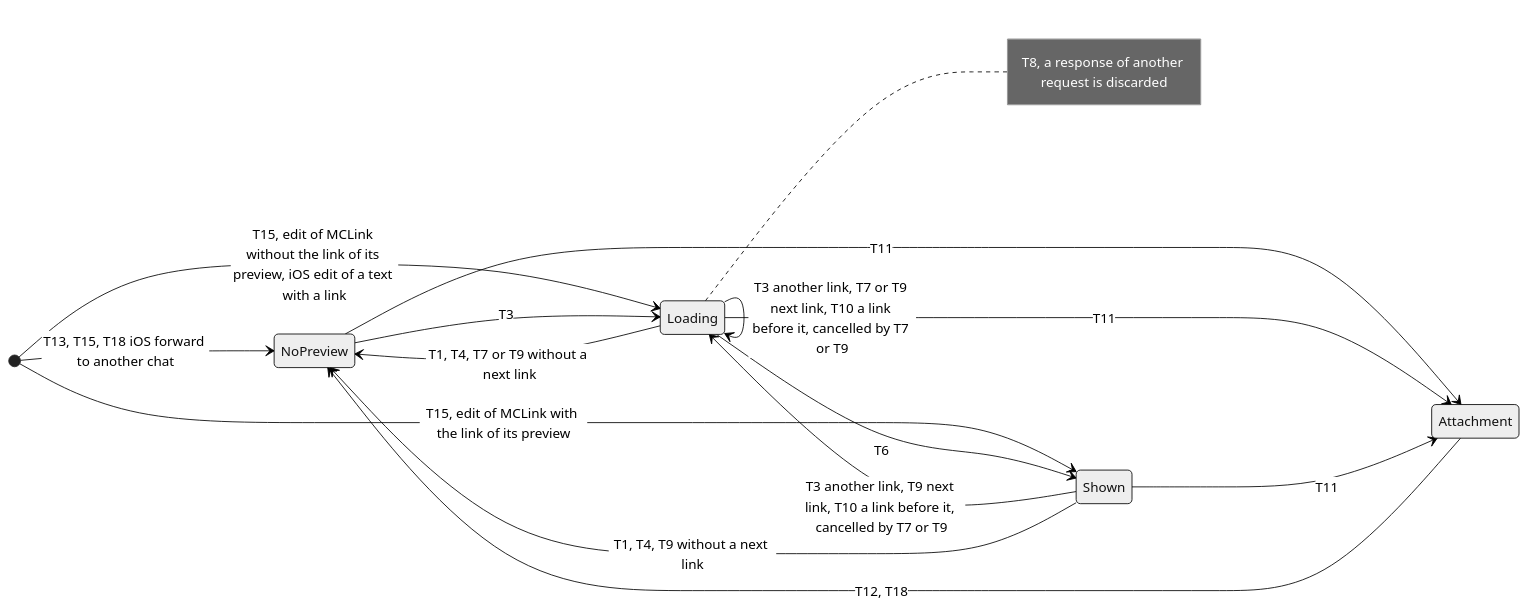
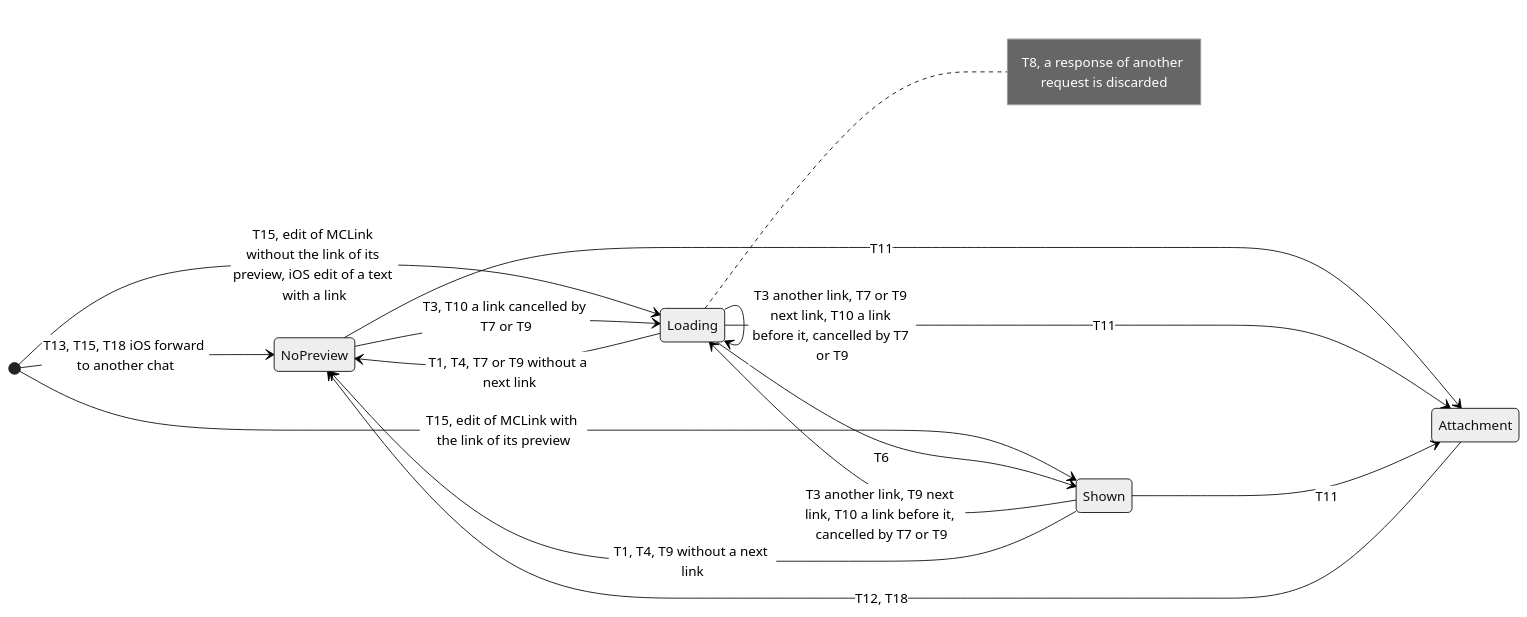
The sixth of 9 diagrams in plans/2026-11-21-link-previews-core.md (simplex-chat/simplex-chat), drawn with Mermaid (neutral theme) before and after one commit. The commit also changed other lines of this file, not shown here.

Commit message:
docs: plan the iOS tests and chat switch transitions of link previews

````diff
--- a/plans/2026-11-21-link-previews-core.md
+++ b/plans/2026-11-21-link-previews-core.md
@@ -617,20 +617,20 @@
 ```mermaid
 stateDiagram-v2
   direction LR
   [*] --> NoPreview: T13, T15, T18 iOS forward to another chat
   [*] --> Shown: T15, edit of MCLink with the link of its preview
   [*] --> Loading: T15, edit of MCLink without the link of its preview, iOS edit of a text with a link
-  NoPreview --> Loading: T3
+  NoPreview --> Loading: T3, T10 a link cancelled by T7 or T9
   Loading --> Loading: T3 another link, T7 or T9 next link, T10 a link before it, cancelled by T7 or T9
   Shown --> Loading: T3 another link, T9 next link, T10 a link before it, cancelled by T7 or T9
   Loading --> Shown: T6
   Loading --> NoPreview: T1, T4, T7 or T9 without a next link
   Shown --> NoPreview: T1, T4, T9 without a next link
   NoPreview --> Attachment: T11
   Loading --> Attachment: T11
   Shown --> Attachment: T11
   Attachment --> NoPreview: T12, T18
   note right of Loading
     T8, a response of another request is discarded
   end note
 ```
````
